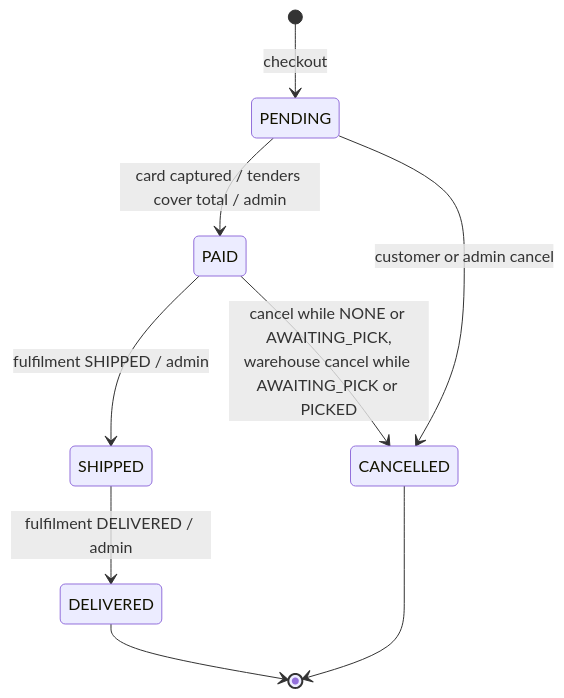
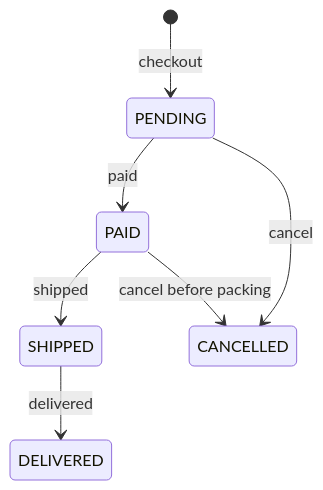
Before and after one commit to slawekradzyminski/awesome-localstack: the first of 6 diagrams in docs-site/docs/flows/state-machines.md, drawn with Mermaid. The commit also changed other lines of this file and 19 other files, not shown here.

First line of the commit message:
Review every wiki diagram by eye and redraw the unclear ones

````diff
--- a/docs-site/docs/flows/state-machines.md
+++ b/docs-site/docs/flows/state-machines.md
@@ -10,11 +10,9 @@
 ```mermaid
 stateDiagram-v2
     [*] --> PENDING: checkout
-    PENDING --> PAID: card captured / tenders cover total / admin
-    PENDING --> CANCELLED: customer or admin cancel
-    PAID --> SHIPPED: fulfilment SHIPPED / admin
-    PAID --> CANCELLED: cancel while NONE or AWAITING_PICK,<br/>warehouse cancel while AWAITING_PICK or PICKED
-    SHIPPED --> DELIVERED: fulfilment DELIVERED / admin
-    DELIVERED --> [*]
-    CANCELLED --> [*]
+    PENDING --> PAID: paid
+    PAID --> SHIPPED: shipped
+    SHIPPED --> DELIVERED: delivered
+    PENDING --> CANCELLED: cancel
+    PAID --> CANCELLED: cancel before packing
 ```
````
